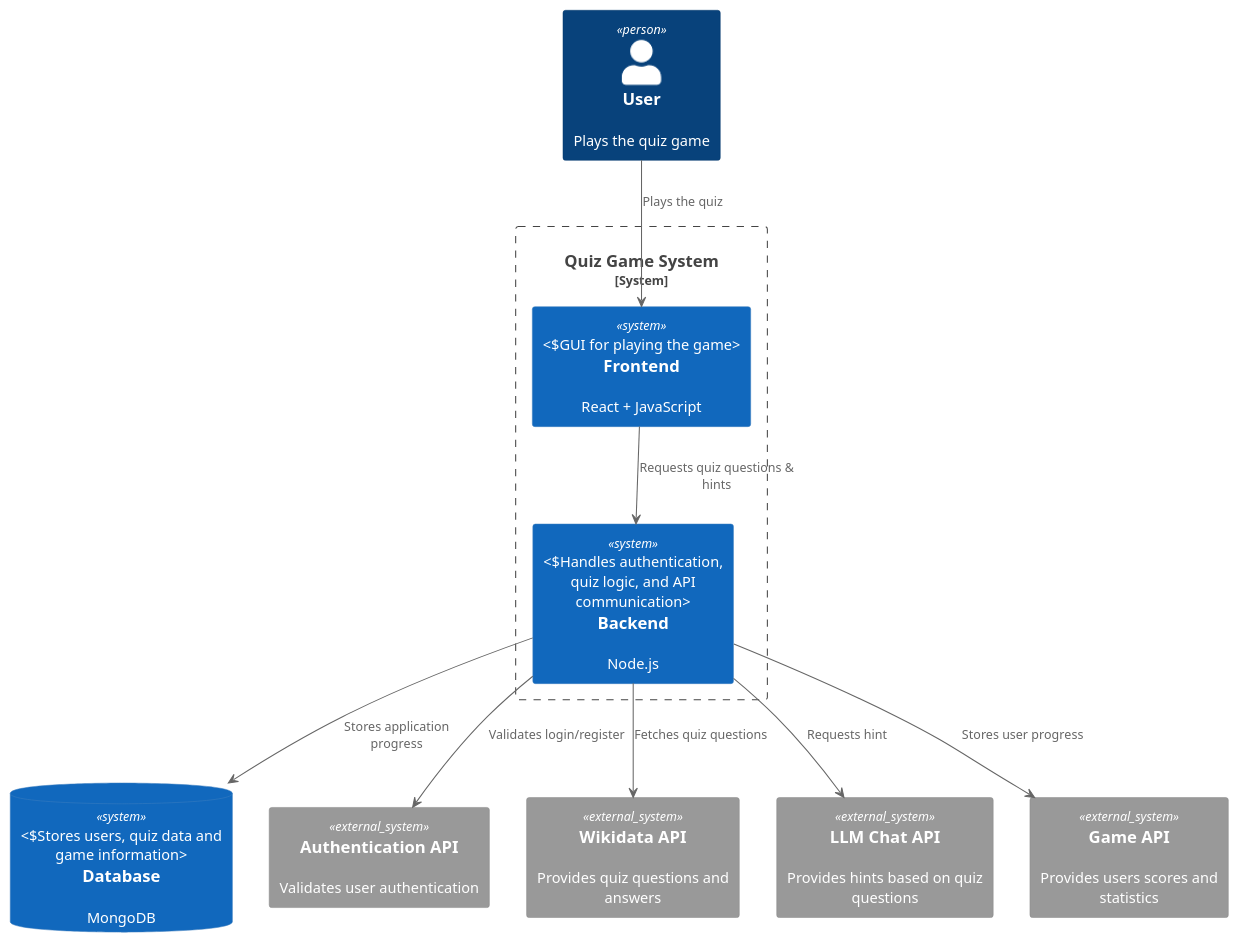
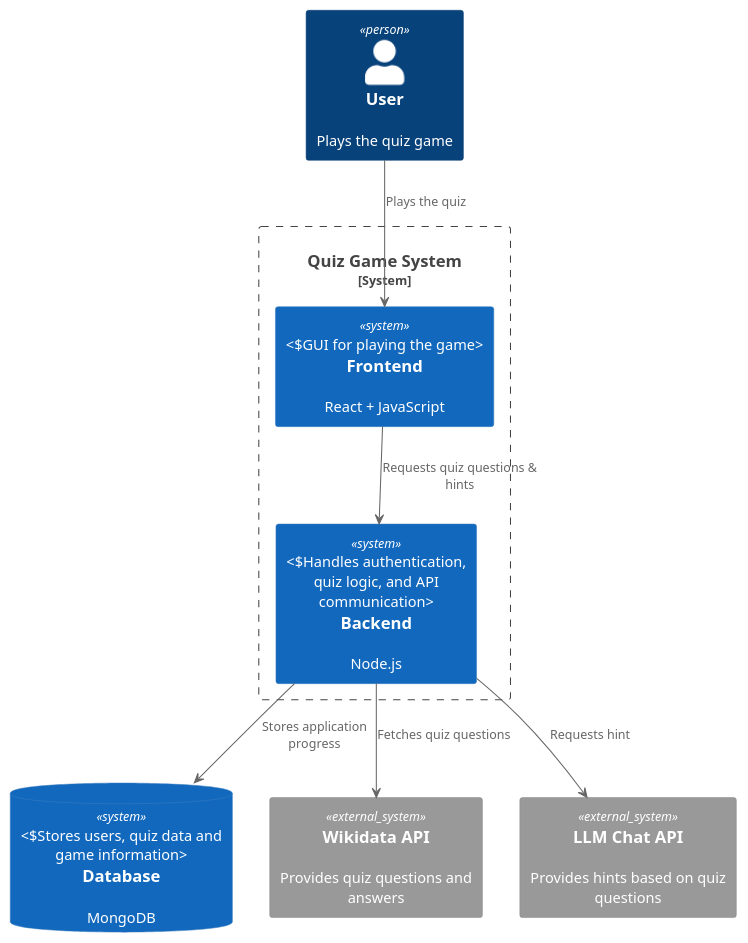
The diagram in docs/src/diagrams/S3_C4_Technical_Context_Diagram.puml (Arquisoft/wichat_en1a), drawn with PlantUML before and after one commit. The commit also changed 2 other files, not shown here.

Commit message:
fix diagrams and add game module description

```diff
--- a/docs/src/diagrams/S3_C4_Technical_Context_Diagram.puml
+++ b/docs/src/diagrams/S3_C4_Technical_Context_Diagram.puml
@@ -1,26 +1,22 @@
 @startuml C4_Technical_Context_Diagram
 !include <C4/C4_Context>
 
 Person(user, "User", "Plays the quiz game")
 System_Boundary(quizGame, "Quiz Game System") {
     System(frontend, "Frontend", "React + JavaScript", "GUI for playing the game")
     System(backend, "Backend", "Node.js", "Handles authentication, quiz logic, and API communication")
 }
 SystemDb(database, "Database", "MongoDB", "Stores users, quiz data and game information")
-System_Ext(authAPI, "Authentication API", "Validates user authentication")
 System_Ext(wikidata, "Wikidata API", "Provides quiz questions and answers")
 System_Ext(llm, "LLM Chat API", "Provides hints based on quiz questions")
-System_Ext(game, "Game API", "Provides users scores and statistics")
 
 ' User interactions
 user --> frontend : "Plays the quiz"
 frontend --> backend : "Requests quiz questions & hints"
 backend --> database : "Stores application progress"
 
 ' External API calls
-backend --> authAPI : "Validates login/register"
 backend --> wikidata : "Fetches quiz questions"
 backend --> llm : "Requests hint"
-backend --> game : "Stores user progress"
 
 @enduml
```
